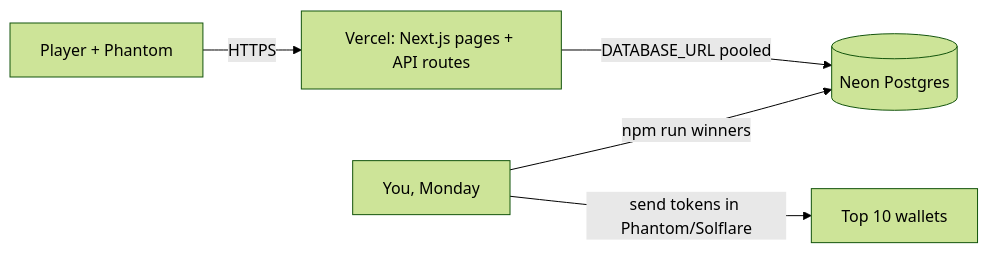
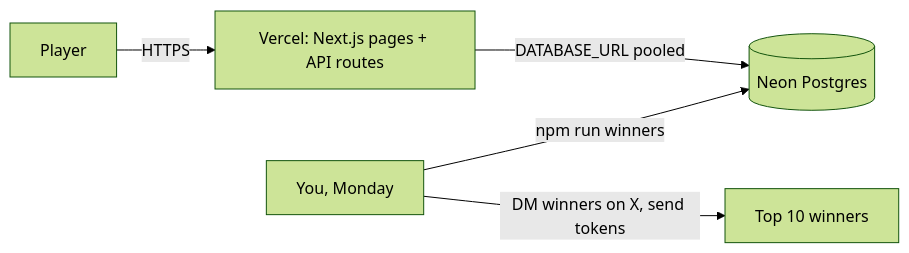
Before and after one commit to davide963-ux/cr-gr: the first of 4 diagrams in README.md, drawn with Mermaid (forest theme). The commit also changed other lines of this file and 20 other files, not shown here.

````diff
--- a/README.md
+++ b/README.md
@@ -8,7 +8,7 @@
 ```mermaid
 flowchart LR
-  U[Player + Phantom] -->|HTTPS| V[Vercel: Next.js pages + API routes]
+  U[Player] -->|HTTPS| V[Vercel: Next.js pages + API routes]
   V -->|DATABASE_URL pooled| N[(Neon Postgres)]
   Y[You, Monday] -->|npm run winners| N
-  Y -->|send tokens in Phantom/Solflare| W[Top 10 wallets]
+  Y -->|DM winners on X, send tokens| W[Top 10 winners]
 ```
````
